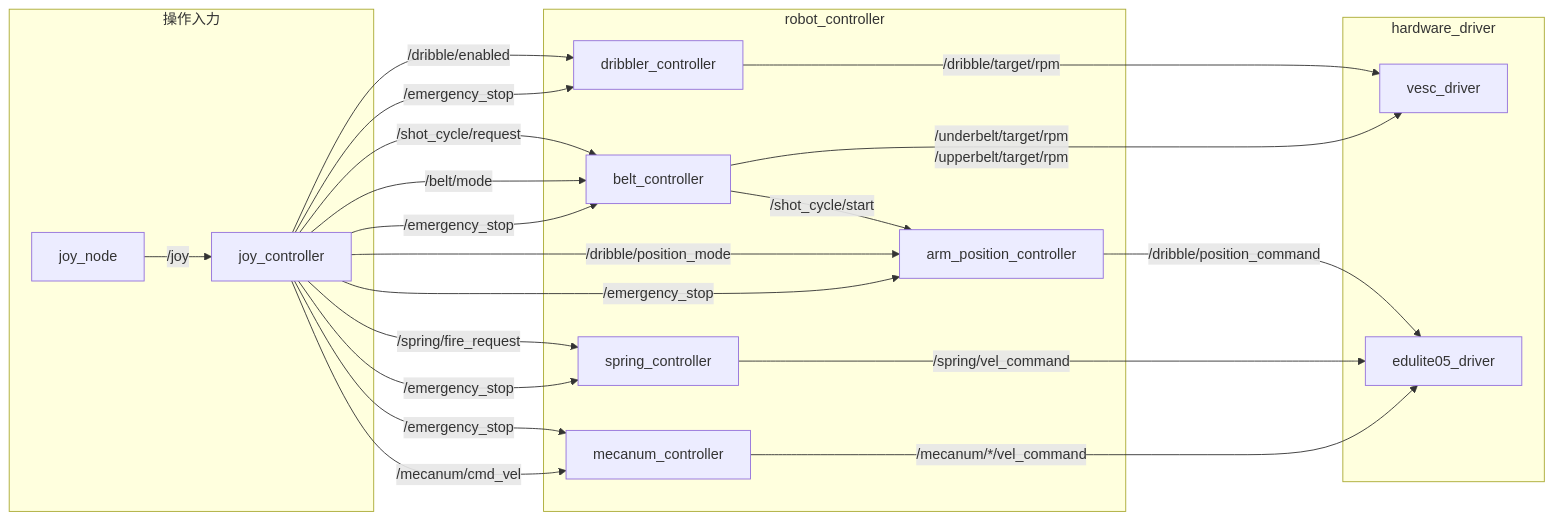
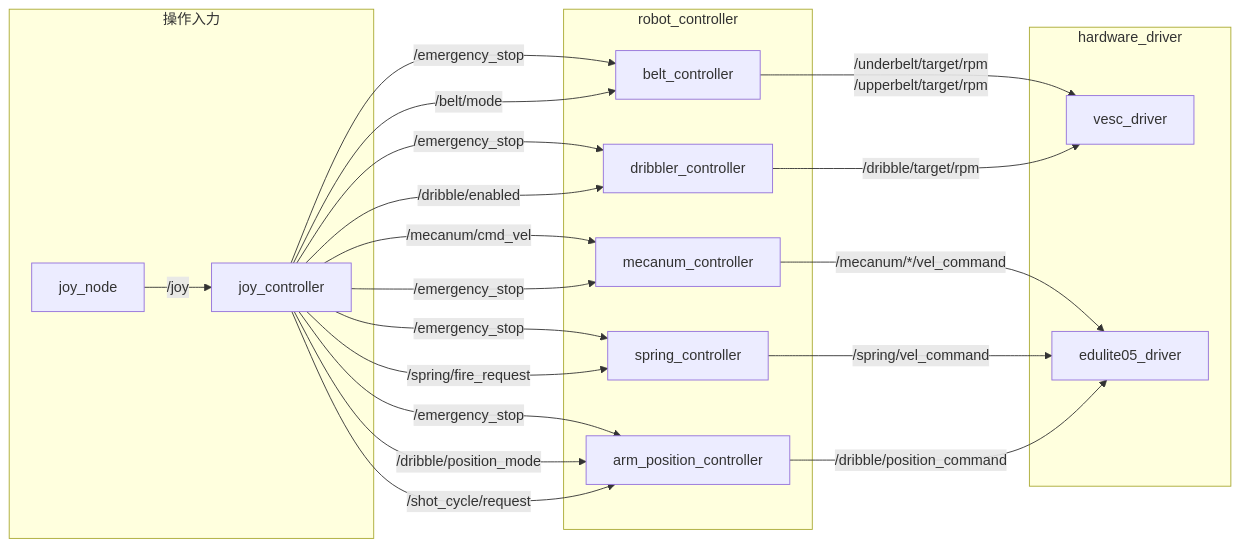
Before and after one commit to rodep-soft/rox2026: the diagram in ros2_ws/src/robot_controller/README.md, drawn with Mermaid. The commit also changed other lines of this file and 3 other files, not shown here.

````diff
--- a/ros2_ws/src/robot_controller/README.md
+++ b/ros2_ws/src/robot_controller/README.md
@@ -22,41 +22,40 @@
 ```mermaid
 flowchart LR
   subgraph input["操作入力"]
     joy["joy_node"]
     joy_controller["joy_controller"]
     joy -->|"/joy"| joy_controller
   end
 
   subgraph controllers["robot_controller"]
     mecanum["mecanum_controller"]
     spring["spring_controller"]
     belt["belt_controller"]
     dribbler["dribbler_controller"]
     arm["arm_position_controller"]
   end
 
   subgraph drivers["hardware_driver"]
     vesc["vesc_driver"]
     edulite["edulite05_driver"]
   end
 
   joy_controller -->|"/mecanum/cmd_vel"| mecanum
   joy_controller -->|"/emergency_stop"| mecanum
   joy_controller -->|"/emergency_stop"| spring
   joy_controller -->|"/emergency_stop"| belt
   joy_controller -->|"/emergency_stop"| dribbler
   joy_controller -->|"/emergency_stop"| arm
 
   joy_controller -->|"/belt/mode"| belt
   joy_controller -->|"/dribble/enabled"| dribbler
   joy_controller -->|"/dribble/position_mode"| arm
   joy_controller -->|"/spring/fire_request"| spring
-  joy_controller -->|"/shot_cycle/request"| belt
-  belt -->|"/shot_cycle/start"| arm
+  joy_controller -->|"/shot_cycle/request"| arm
 
   belt -->|"/underbelt/target/rpm<br/>/upperbelt/target/rpm"| vesc
   dribbler -->|"/dribble/target/rpm"| vesc
   mecanum -->|"/mecanum/*/vel_command"| edulite
   spring -->|"/spring/vel_command"| edulite
   arm -->|"/dribble/position_command"| edulite
 ```
````
